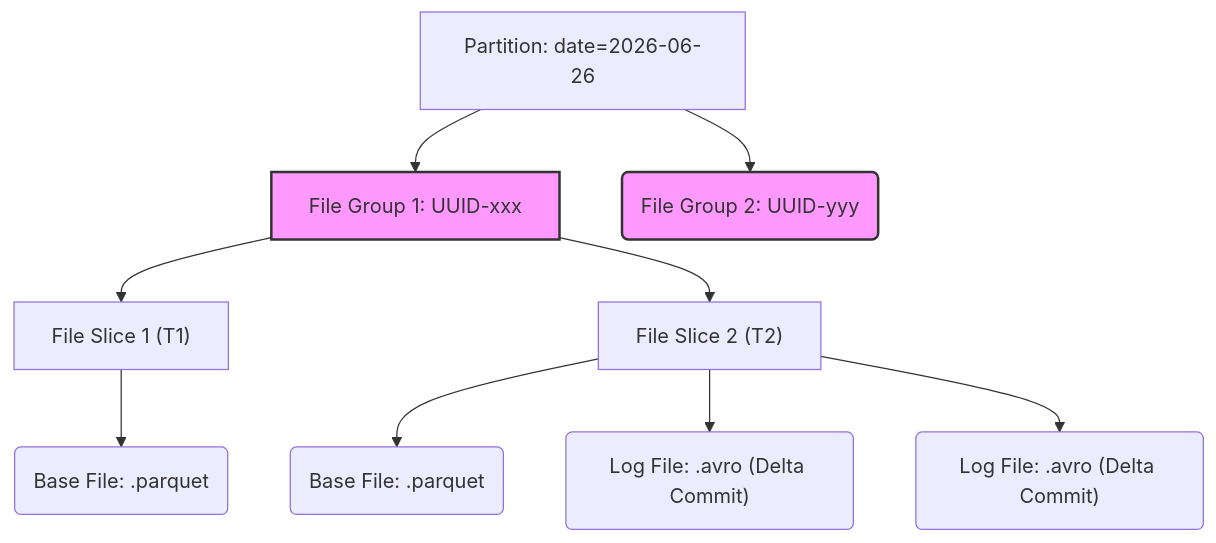
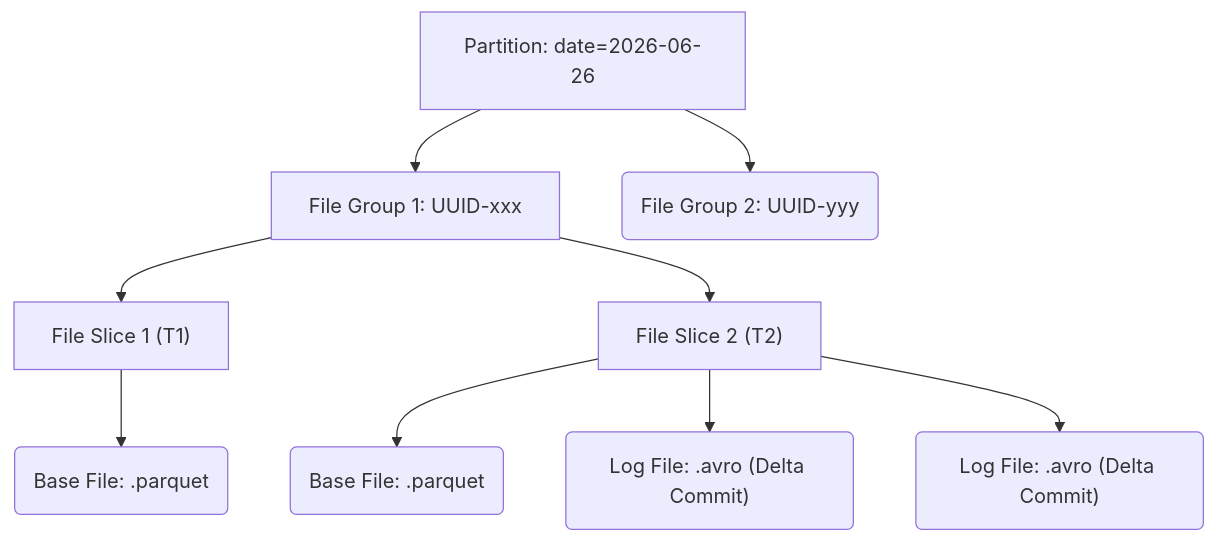
One commit to kythuatdulieu/kythuatdulieu.github.io changed the second of 2 diagrams in src/content/docs/concepts/3-storage-engines-formats/apache-hudi.md. Above: the diagram before and after it, drawn with Mermaid. The commit also changed 682 other files, not shown here.

````diff
--- a/src/content/docs/concepts/3-storage-engines-formats/apache-hudi.md
+++ b/src/content/docs/concepts/3-storage-engines-formats/apache-hudi.md
@@ -47,16 +47,14 @@
 ```mermaid
 graph TD
     A["Partition: date=2026-06-26"] --> B["File Group 1: UUID-xxx"]
     A --> C("File Group 2: UUID-yyy")
     
     B --> D["File Slice 1 (T1)"]
     B --> E["File Slice 2 (T2)"]
     
     D --> F("Base File: .parquet")
     E --> G("Base File: .parquet")
     E --> H("Log File: .avro (Delta Commit)")
     E --> I("Log File: .avro (Delta Commit)")
-    
-    classDef fg fill:#f9f,stroke:#333,stroke-width:2px;
     class B,C fg;
 ```
````
